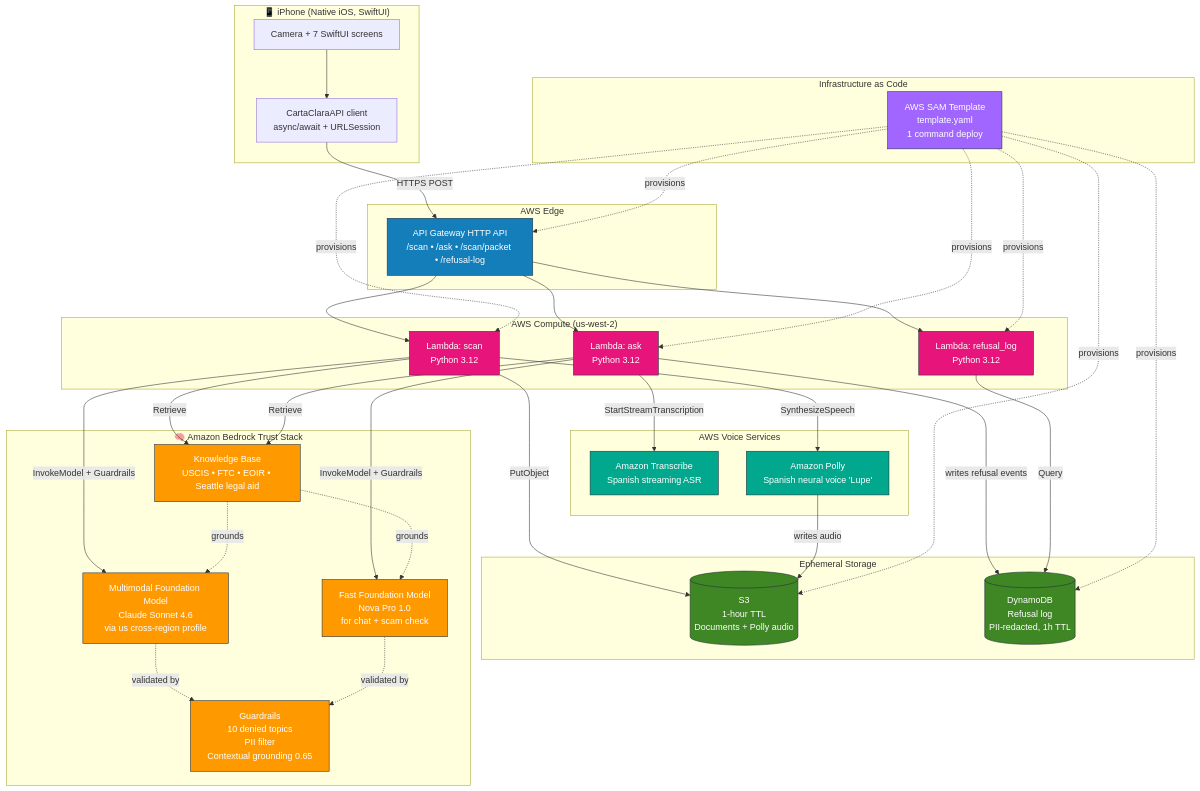
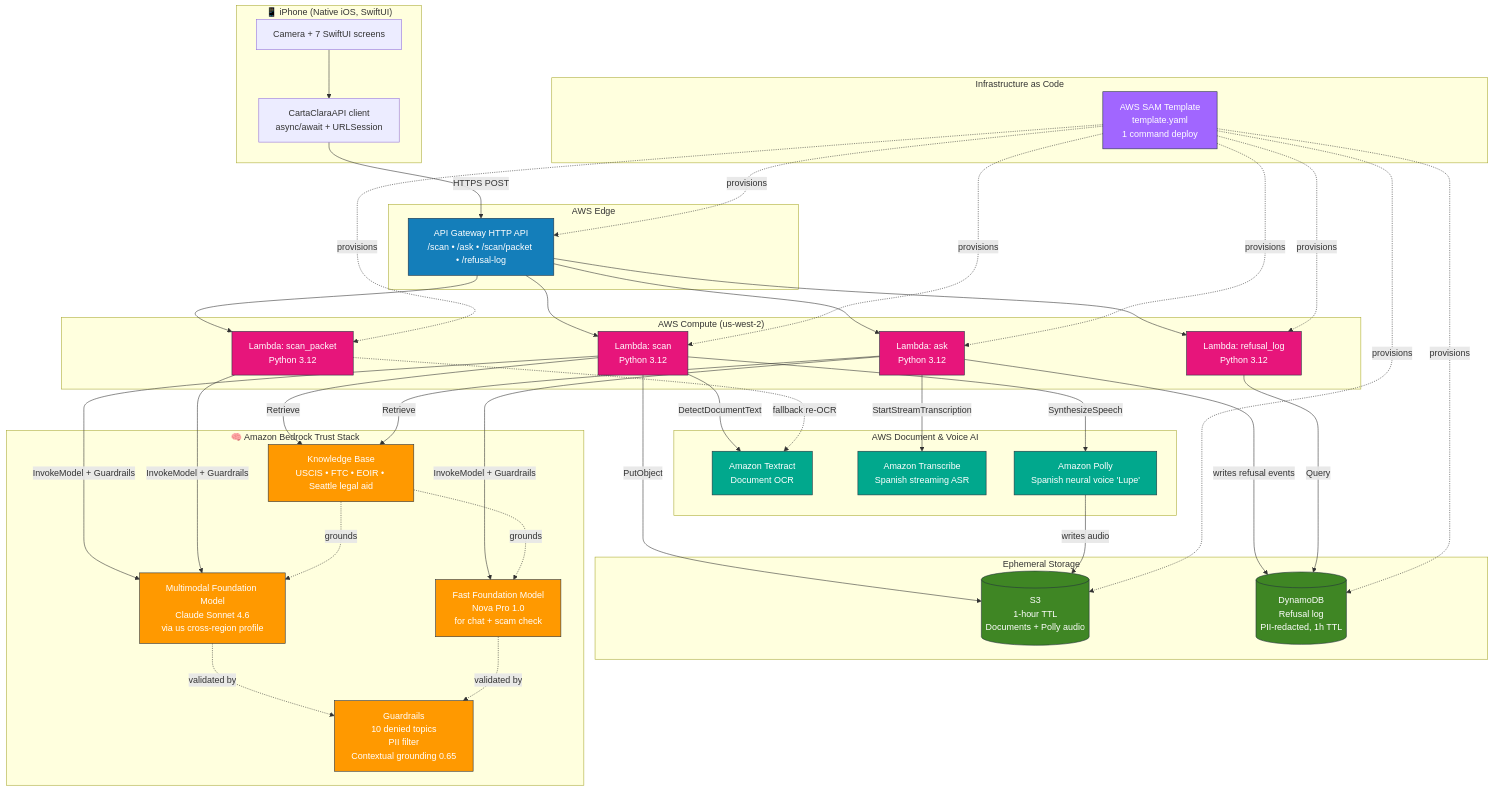
Before and after one commit to alexpicon/carta-clara-aws: the diagram in docs/ARCHITECTURE.md, drawn with Mermaid. The commit also changed other lines of this file and 2 other files, not shown here.

Commit message:
docs: update architecture, add diagrams + presentation plan

````diff
--- a/docs/ARCHITECTURE.md
+++ b/docs/ARCHITECTURE.md
@@ -22,6 +22,7 @@
         L1[Lambda: scan<br/>Python 3.12]
         L2[Lambda: ask<br/>Python 3.12]
         L3[Lambda: refusal_log<br/>Python 3.12]
+        L4[Lambda: scan_packet<br/>Python 3.12]
     end
 
     subgraph Storage["Ephemeral Storage"]
@@ -36,7 +37,8 @@
         GR[Guardrails<br/>10 denied topics<br/>PII filter<br/>Contextual grounding 0.65]
     end
 
-    subgraph Voice["AWS Voice Services"]
+    subgraph DocVoice["AWS Document & Voice AI"]
+        TXT[Amazon Textract<br/>Document OCR]
         TR[Amazon Transcribe<br/>Spanish streaming ASR]
         PL[Amazon Polly<br/>Spanish neural voice 'Lupe']
     end
@@ -49,7 +51,9 @@
     APIGW --> L1
     APIGW --> L2
     APIGW --> L3
+    APIGW --> L4
     L1 -- PutObject --> S3
+    L1 -- DetectDocumentText --> TXT
     L1 -- "InvokeModel + Guardrails" --> BM
     L1 -- Retrieve --> KB
     L1 -- SynthesizeSpeech --> PL
@@ -59,6 +63,8 @@
     L2 -- Retrieve --> KB
     L2 -- "writes refusal events" --> DDB
     L3 -- Query --> DDB
+    L4 -- "InvokeModel + Guardrails" --> BM
+    L4 -. "fallback re-OCR" .-> TXT
     BM -. validated by .-> GR
     BFAST -. validated by .-> GR
     KB -. grounds .-> BM
@@ -67,6 +73,7 @@
     SAM -. provisions .-> L1
     SAM -. provisions .-> L2
     SAM -. provisions .-> L3
+    SAM -. provisions .-> L4
     SAM -. provisions .-> S3
     SAM -. provisions .-> DDB
 
@@ -79,8 +86,8 @@
 
     class BM,BFAST,KB,GR bedrock;
     class S3,DDB storage;
-    class L1,L2,L3 compute;
+    class L1,L2,L3,L4 compute;
     class APIGW edge;
-    class TR,PL voice;
+    class TXT,TR,PL voice;
     class SAM iac;
 ```
````
